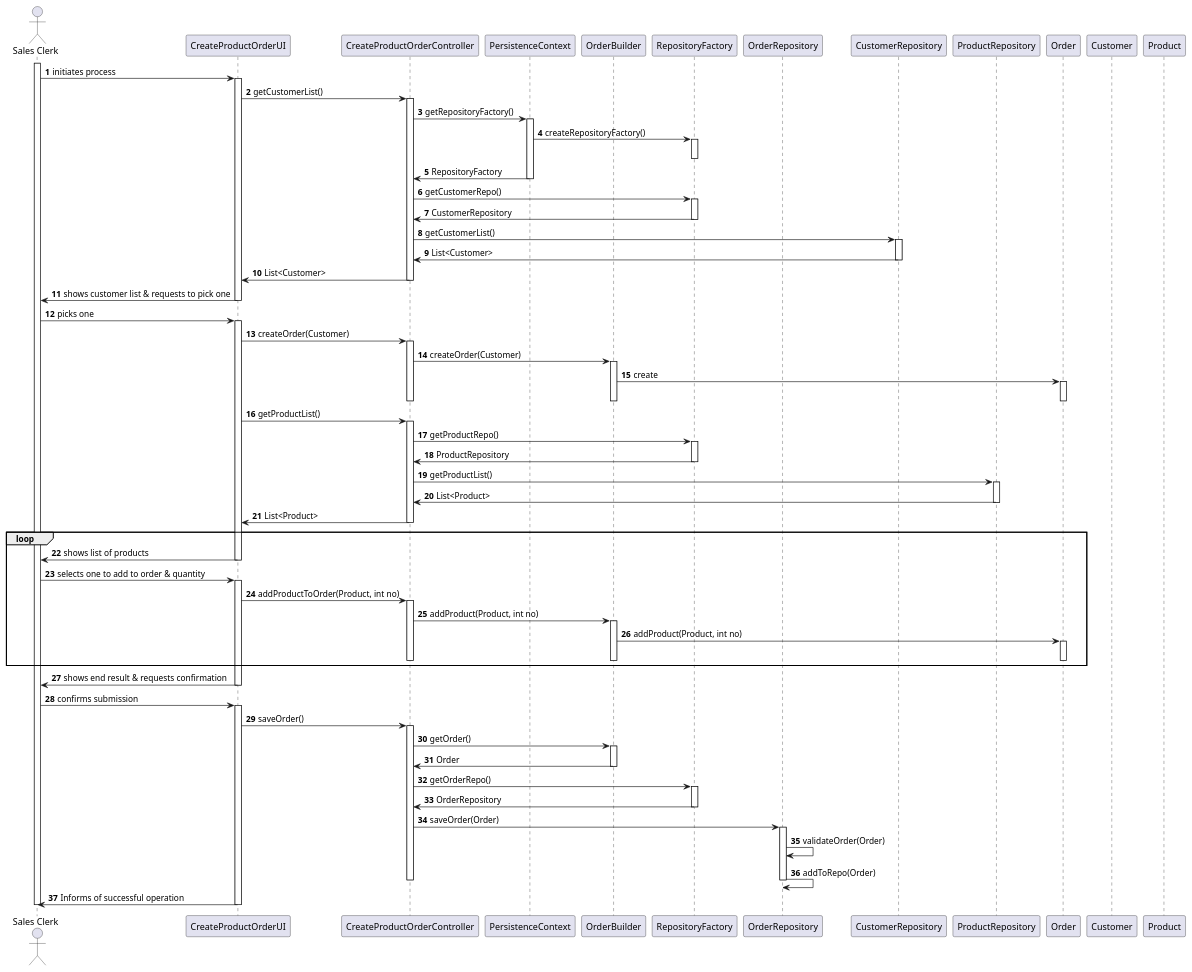
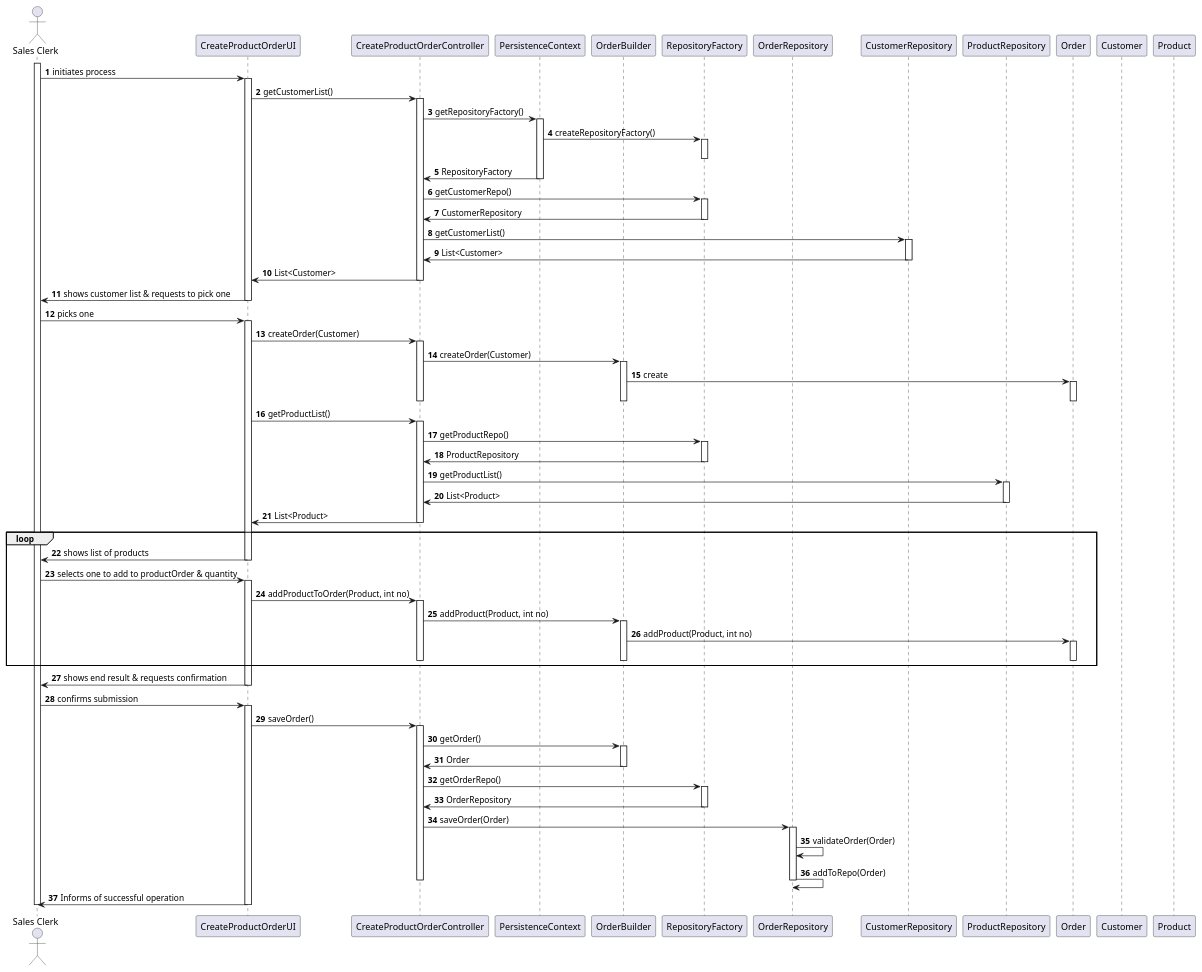
Before and after one commit to RuiRioPina/LAPR4-21-22: the diagram in docs/1191008/US1004/US1004_SD.puml, drawn with PlantUML. The commit also changed 2 other files, not shown here.

```diff
--- a/docs/1191008/US1004/US1004_SD.puml
+++ b/docs/1191008/US1004/US1004_SD.puml
@@ -1,107 +1,107 @@
 @startuml
 autonumber
 
 actor "Sales Clerk" as ACT
 
 participant "CreateProductOrderUI" as UI
 participant "CreateProductOrderController" as CTRL
 participant "PersistenceContext" as PCON
 participant "OrderBuilder" as BUILDER
 participant "RepositoryFactory" as REPOFAC
 participant "OrderRepository" as ORDERREPO
 participant "CustomerRepository" as CUSTREPO
 participant "ProductRepository" as PRODREPO
 participant "Order" as ORDER
 participant "Customer" as CUST
 participant "Product" as PROD
 
 activate ACT
 ACT -> UI : initiates process
 activate UI
 UI -> CTRL : getCustomerList()
 activate CTRL
 CTRL -> PCON : getRepositoryFactory()
 activate PCON
 PCON -> REPOFAC : createRepositoryFactory()
 activate REPOFAC
 deactivate REPOFAC
 PCON -> CTRL : RepositoryFactory
 deactivate PCON
 CTRL -> REPOFAC : getCustomerRepo()
 activate REPOFAC
 REPOFAC -> CTRL : CustomerRepository
 deactivate REPOFAC
 CTRL -> CUSTREPO : getCustomerList()
 activate CUSTREPO
 CUSTREPO -> CTRL : List<Customer>
 deactivate CUSTREPO
 CTRL -> UI : List<Customer>
 deactivate CTRL
 UI -> ACT : shows customer list & requests to pick one
 deactivate UI
 
 ACT -> UI : picks one
 activate UI
 UI -> CTRL : createOrder(Customer)
 activate CTRL
 CTRL -> BUILDER : createOrder(Customer)
 activate BUILDER
 BUILDER -> ORDER : create
 activate ORDER
 deactivate ORDER
 deactivate BUILDER
 deactivate CTRL
 UI -> CTRL : getProductList()
 activate CTRL
 CTRL -> REPOFAC : getProductRepo()
 activate REPOFAC
 REPOFAC -> CTRL : ProductRepository
 deactivate REPOFAC
 CTRL -> PRODREPO : getProductList()
 activate PRODREPO
 PRODREPO -> CTRL : List<Product>
 deactivate PRODREPO
 CTRL -> UI : List<Product>
 deactivate CTRL
 loop
 UI -> ACT : shows list of products
 deactivate UI
 
-ACT -> UI : selects one to add to order & quantity
+ACT -> UI : selects one to add to productOrder & quantity
 activate UI
 UI -> CTRL : addProductToOrder(Product, int no)
 activate CTRL
 CTRL -> BUILDER : addProduct(Product, int no)
 activate BUILDER
 BUILDER -> ORDER : addProduct(Product, int no)
 activate ORDER
 deactivate ORDER
 deactivate BUILDER
 deactivate CTRL
 end loop
 UI -> ACT : shows end result & requests confirmation
 deactivate UI
 
 ACT -> UI : confirms submission
 activate UI
 UI -> CTRL : saveOrder()
 activate CTRL
 CTRL -> BUILDER : getOrder()
 activate BUILDER
 BUILDER -> CTRL : Order
 deactivate BUILDER
 CTRL -> REPOFAC : getOrderRepo()
 activate REPOFAC
 REPOFAC -> CTRL : OrderRepository
 deactivate REPOFAC
 CTRL -> ORDERREPO : saveOrder(Order)
 activate ORDERREPO
 ORDERREPO -> ORDERREPO : validateOrder(Order)
 ORDERREPO -> ORDERREPO : addToRepo(Order)
 deactivate ORDERREPO
 deactivate CTRL
 UI -> ACT : Informs of successful operation
 deactivate UI
 deactivate ACT
 
 @enduml
```
